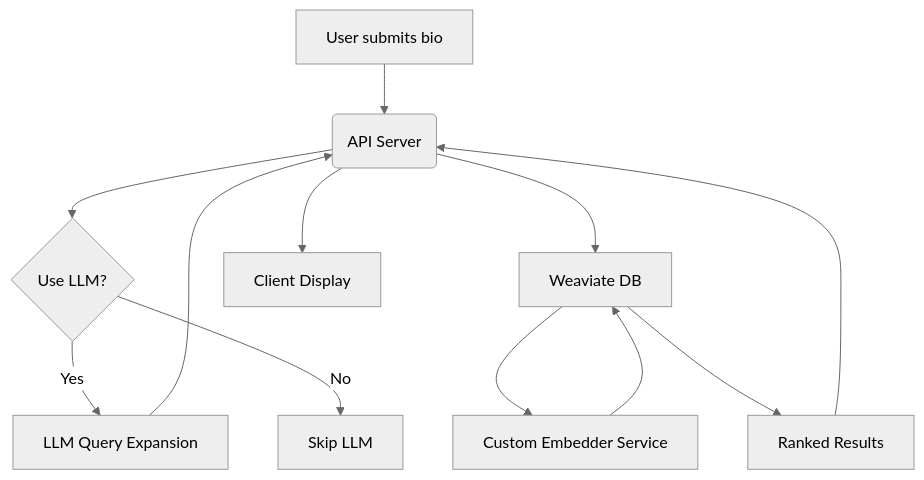
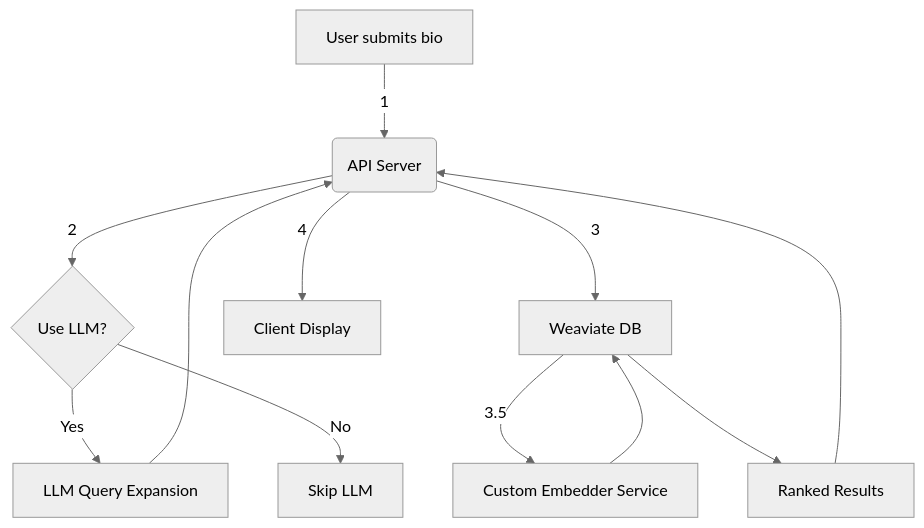
One commit to GiuseppeBellamacina/Kagi-ML-dev-challenge changed the diagram in README.md. Above: the diagram before and after it, drawn with Mermaid (neutral theme).

Commit message:
fix: Update project architecture diagram in README.md for clearer flow representation

````diff
--- a/README.md
+++ b/README.md
@@ -163,14 +163,14 @@
 ```mermaid
 graph TD;
-    A[User submits bio] --> B(API Server)
-    B --> C{Use LLM?}
+    A[User submits bio] -- 1 --> B(API Server)
+    B -- 2 --> C{Use LLM?}
     C -- Yes --> D[LLM Query Expansion]
     D --> B
     C -- No --> E[Skip LLM]
-    B --> F[Weaviate DB]
-    F --> G[Custom Embedder Service]
+    B -- 3 --> F[Weaviate DB]
+    F -- 3.5 --> G[Custom Embedder Service]
     G --> F
     F --> H[Ranked Results]
     H --> B
-    B --> I[Client Display]
+    B -- 4 --> I[Client Display]
 ```
````
